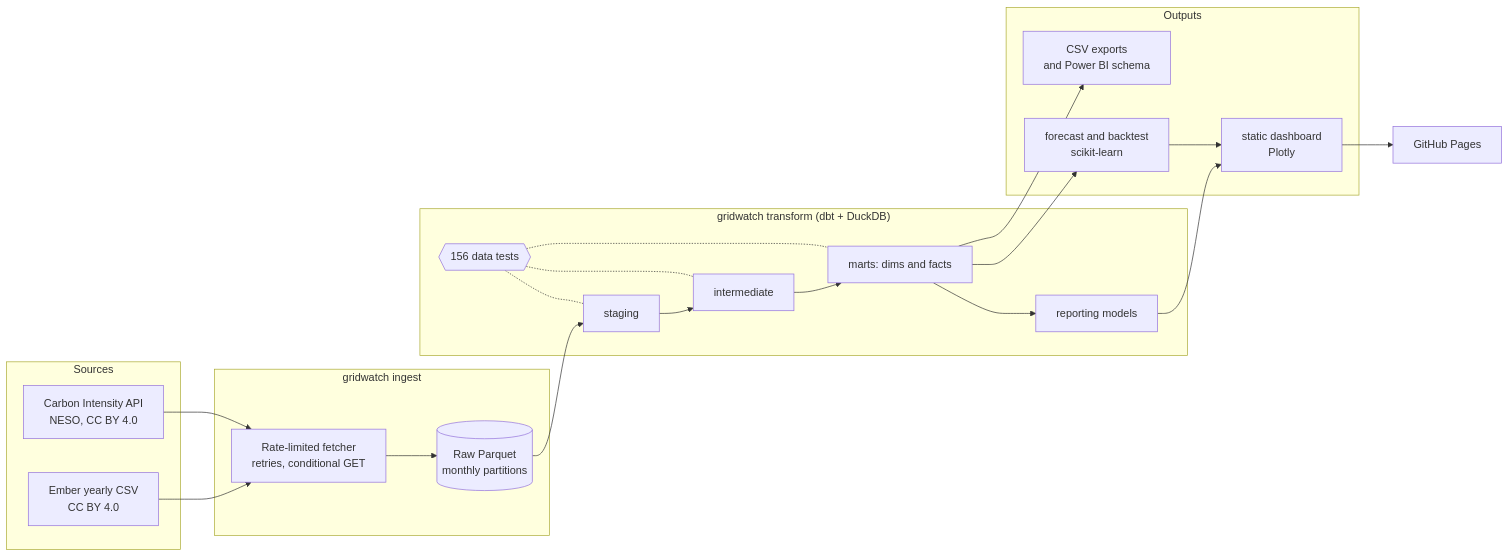
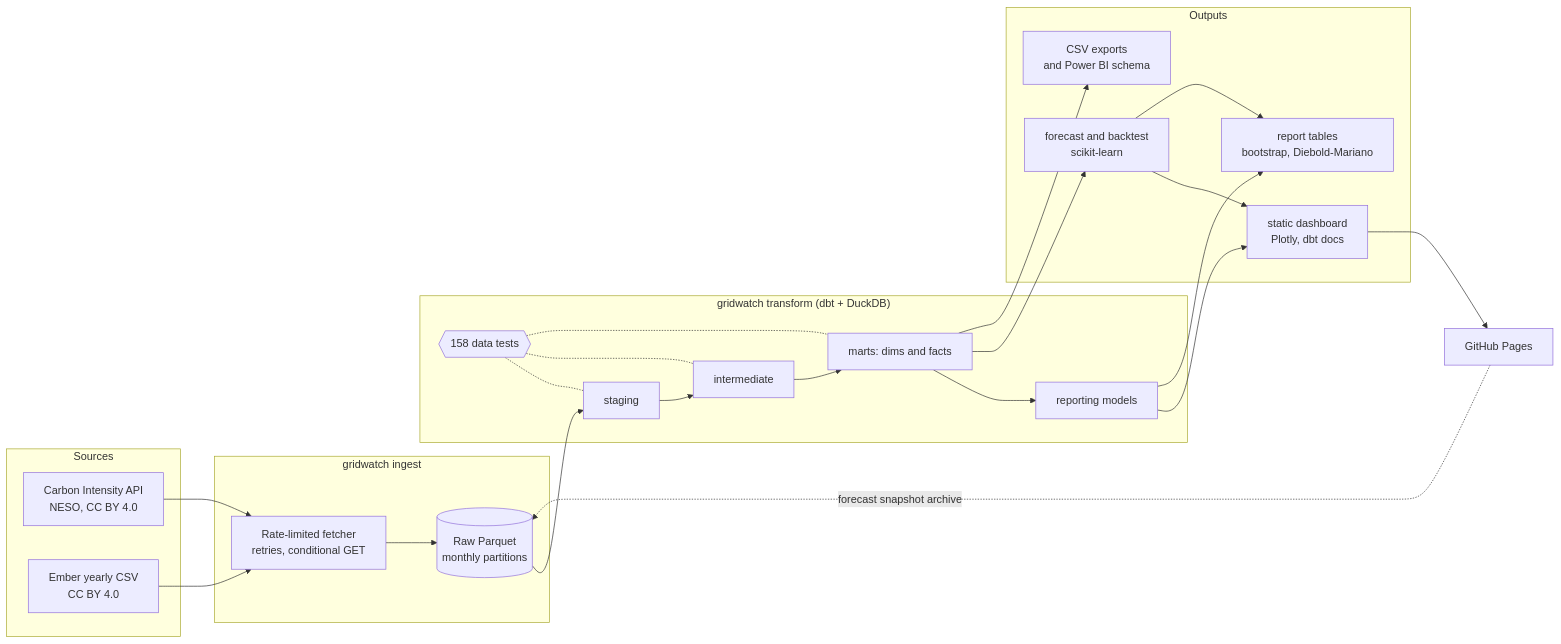
The diagram in README.md (fasharif/gridwatch), drawn with Mermaid before and after one commit. The commit also changed other lines of this file and 3 other files, not shown here.

````diff
--- a/README.md
+++ b/README.md
@@ -64,28 +75,32 @@
 ```mermaid
 flowchart LR
     subgraph Sources
         CI[Carbon Intensity API<br/>NESO, CC BY 4.0]
         EM[Ember yearly CSV<br/>CC BY 4.0]
     end
     subgraph Ingest["gridwatch ingest"]
         F[Rate-limited fetcher<br/>retries, conditional GET]
         R[(Raw Parquet<br/>monthly partitions)]
     end
     subgraph Warehouse["gridwatch transform (dbt + DuckDB)"]
         S[staging] --> I[intermediate] --> M[marts: dims and facts] --> RP[reporting models]
-        T{{156 data tests}} -.- S & I & M
+        T{{158 data tests}} -.- S & I & M
     end
     subgraph Outputs
         FC[forecast and backtest<br/>scikit-learn]
-        D[static dashboard<br/>Plotly]
+        RE[report tables<br/>bootstrap, Diebold-Mariano]
+        D[static dashboard<br/>Plotly, dbt docs]
         X[CSV exports<br/>and Power BI schema]
     end
     CI --> F
     EM --> F
     F --> R --> S
     M --> FC
     RP --> D
+    RP --> RE
     FC --> D
+    FC --> RE
     M --> X
     D --> P[GitHub Pages]
+    P -. forecast snapshot archive .-> R
 ```
````
